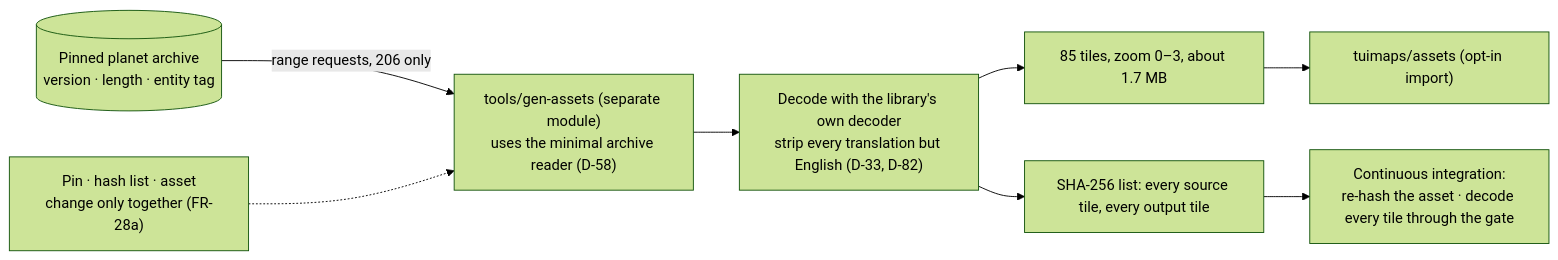
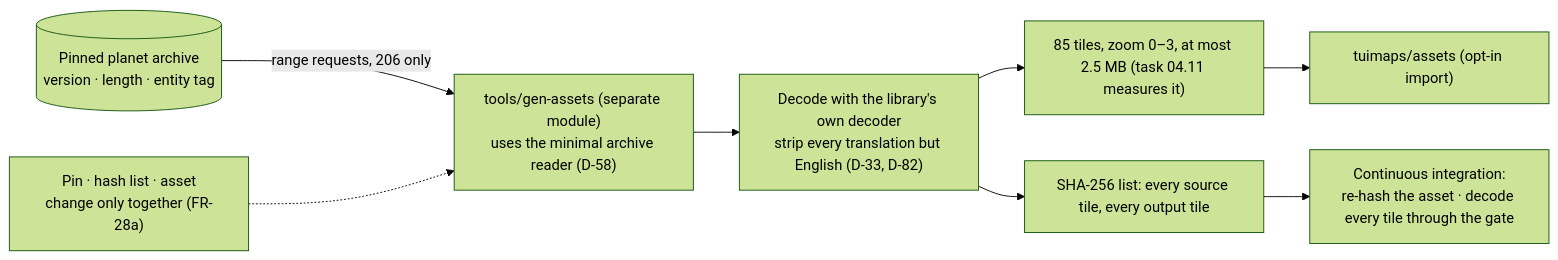
One commit to branden-thompson/go-tuimaps changed the third of 3 diagrams in 06_docs/02_features/go-tuimaps/03-architecture-design/L2-tiles.md. Above: the diagram before and after it, drawn with Mermaid (forest theme). The commit also changed 17 other files, not shown here.

````diff
--- a/06_docs/02_features/go-tuimaps/03-architecture-design/L2-tiles.md
+++ b/06_docs/02_features/go-tuimaps/03-architecture-design/L2-tiles.md
@@ -73,10 +73,10 @@
 ```mermaid
 flowchart LR
     PLANET[("Pinned planet archive<br/>version · length · entity tag")] -- "range requests, 206 only" --> GEN["tools/gen-assets (separate module)<br/>uses the minimal archive reader (D-58)"]
     GEN --> STRIP["Decode with the library's own decoder<br/>strip every translation but English (D-33, D-82)"]
-    STRIP --> OUT1["85 tiles, zoom 0–3, about 1.7 MB"]
+    STRIP --> OUT1["85 tiles, zoom 0–3, at most 2.5 MB (task 04.11 measures it)"]
     STRIP --> HASH["SHA-256 list: every source tile, every output tile"]
     OUT1 --> PKG["tuimaps/assets (opt-in import)"]
     HASH --> CI["Continuous integration:<br/>re-hash the asset · decode every tile through the gate"]
     PIN["Pin · hash list · asset<br/>change only together (FR-28a)"] -.-> GEN
 ```
````
